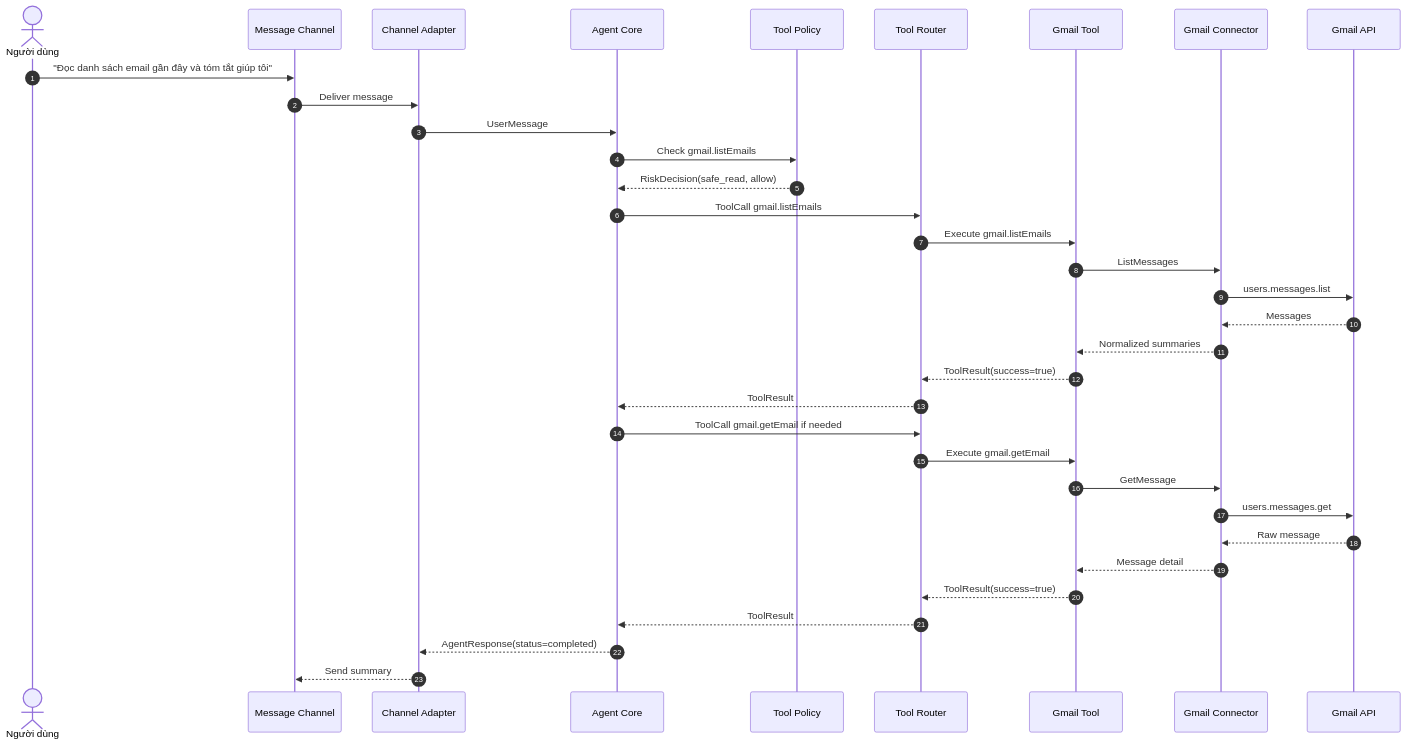
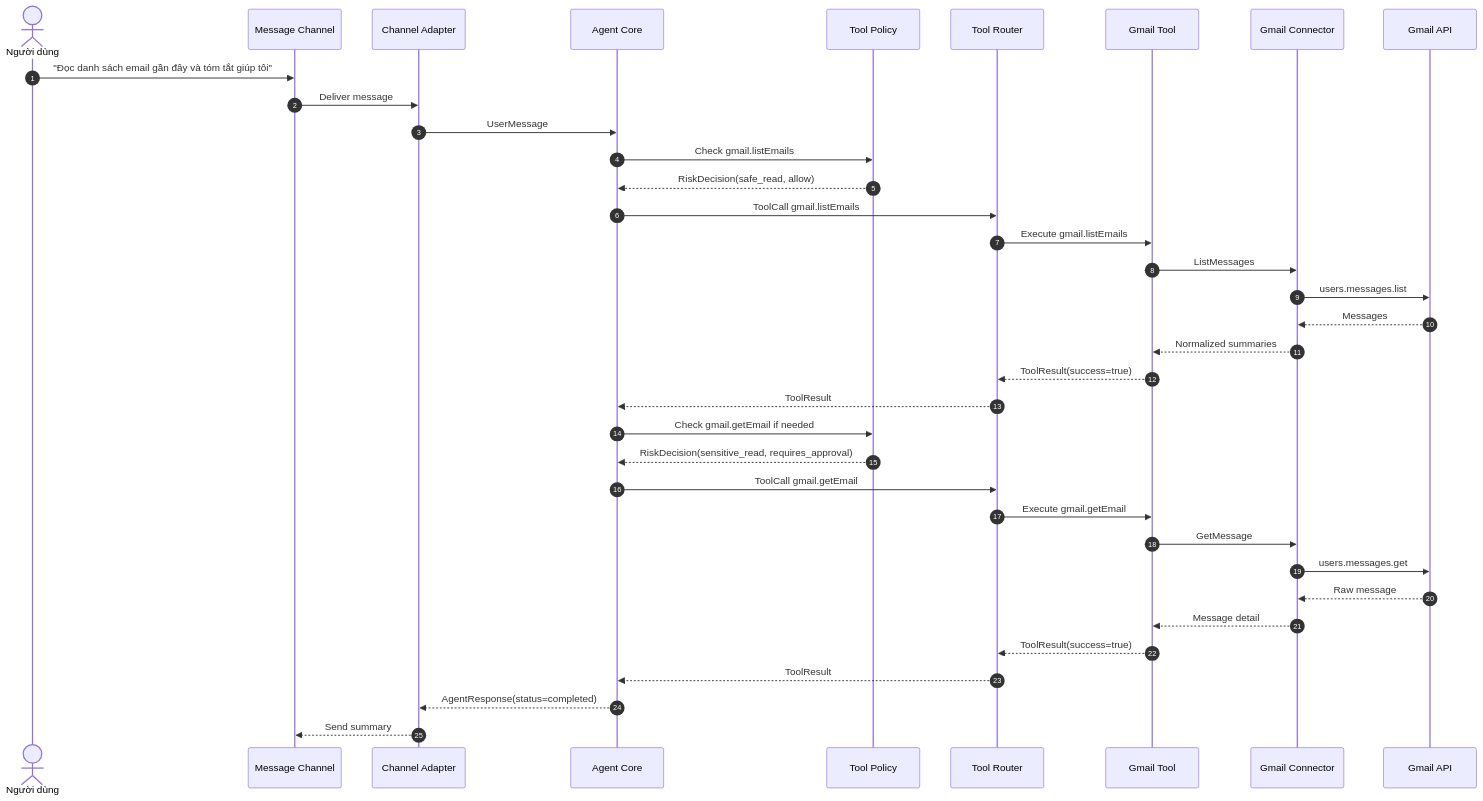
Before and after one commit to AI26-V-Claw/V-Claw: the diagram in docs/scenarios/06-auto-allow-policy.md, drawn with Mermaid. The commit also changed other lines of this file and 22 other files, not shown here.

````diff
--- a/docs/scenarios/06-auto-allow-policy.md
+++ b/docs/scenarios/06-auto-allow-policy.md
@@ -15,41 +15,43 @@
 ```mermaid
 sequenceDiagram
     autonumber
 
     actor User as Người dùng
     participant Channel as Message Channel
     participant Adapter as Channel Adapter
     participant Agent as Agent Core
     participant Policy as Tool Policy
     participant Router as Tool Router
     participant GmailTool as Gmail Tool
     participant GmailConnector as Gmail Connector
     participant Google as Gmail API
 
     User->>Channel: "Đọc danh sách email gần đây và tóm tắt giúp tôi"
     Channel->>Adapter: Deliver message
     Adapter->>Agent: UserMessage
 
     Agent->>Policy: Check gmail.listEmails
     Policy-->>Agent: RiskDecision(safe_read, allow)
     Agent->>Router: ToolCall gmail.listEmails
     Router->>GmailTool: Execute gmail.listEmails
     GmailTool->>GmailConnector: ListMessages
     GmailConnector->>Google: users.messages.list
     Google-->>GmailConnector: Messages
     GmailConnector-->>GmailTool: Normalized summaries
     GmailTool-->>Router: ToolResult(success=true)
     Router-->>Agent: ToolResult
 
-    Agent->>Router: ToolCall gmail.getEmail if needed
+    Agent->>Policy: Check gmail.getEmail if needed
+    Policy-->>Agent: RiskDecision(sensitive_read, requires_approval)
+    Agent->>Router: ToolCall gmail.getEmail
     Router->>GmailTool: Execute gmail.getEmail
     GmailTool->>GmailConnector: GetMessage
     GmailConnector->>Google: users.messages.get
     Google-->>GmailConnector: Raw message
     GmailConnector-->>GmailTool: Message detail
     GmailTool-->>Router: ToolResult(success=true)
     Router-->>Agent: ToolResult
 
     Agent-->>Adapter: AgentResponse(status=completed)
     Adapter-->>Channel: Send summary
 ```
````
